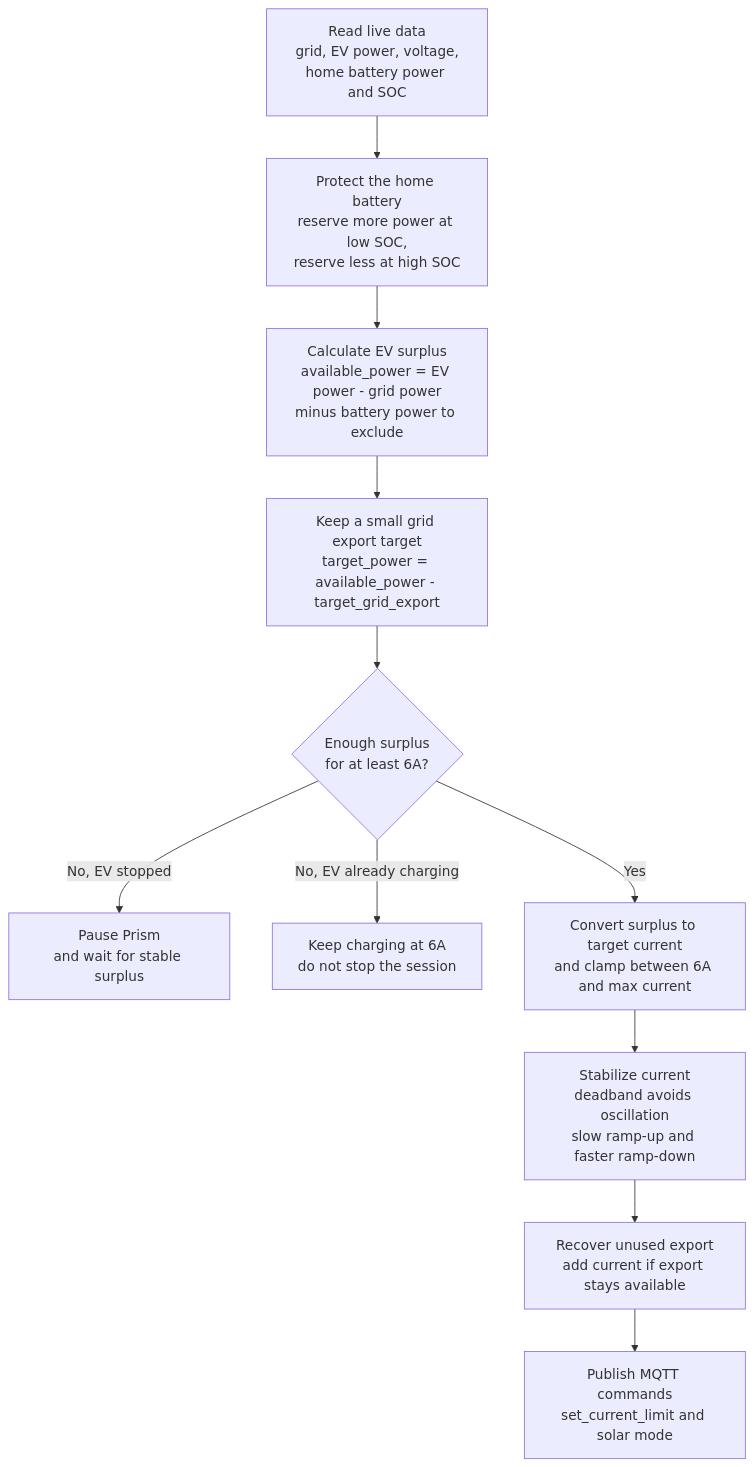
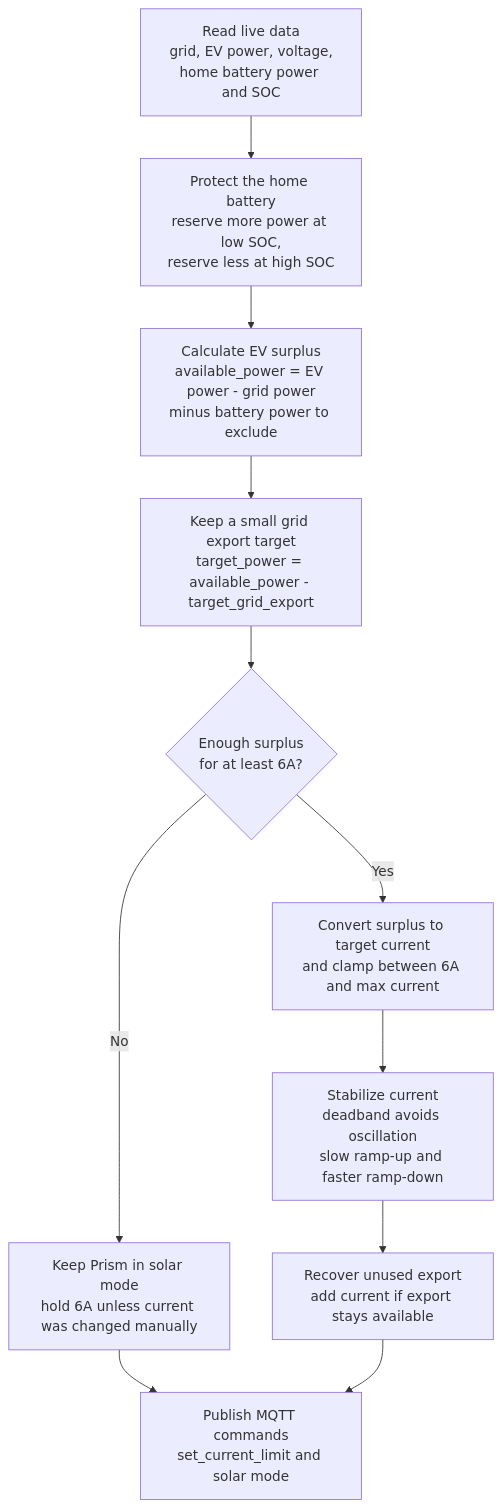
Before and after one commit to italoc/silla-prism-integration: the diagram in README.md, drawn with Mermaid. The commit also changed other lines of this file and 3 other files, not shown here.

Commit message:
Keep solar charging at 6A on low surplus

````diff
--- a/README.md
+++ b/README.md
@@ -154,15 +155,15 @@
 ```mermaid
 flowchart TD
     A["Read live data<br/>grid, EV power, voltage,<br/>home battery power and SOC"] --> B["Protect the home battery<br/>reserve more power at low SOC,<br/>reserve less at high SOC"]
     B --> C["Calculate EV surplus<br/>available_power = EV power - grid power<br/>minus battery power to exclude"]
     C --> D["Keep a small grid export target<br/>target_power = available_power - target_grid_export"]
     D --> E{"Enough surplus<br/>for at least 6A?"}
 
-    E -->|No, EV stopped| F["Pause Prism<br/>and wait for stable surplus"]
-    E -->|No, EV already charging| G["Keep charging at 6A<br/>do not stop the session"]
+    E -->|No| F["Keep Prism in solar mode<br/>hold 6A unless current was changed manually"]
     E -->|Yes| H["Convert surplus to target current<br/>and clamp between 6A and max current"]
 
+    F --> K["Publish MQTT commands<br/>set_current_limit and solar mode"]
     H --> I["Stabilize current<br/>deadband avoids oscillation<br/>slow ramp-up and faster ramp-down"]
     I --> J["Recover unused export<br/>add current if export stays available"]
     J --> K["Publish MQTT commands<br/>set_current_limit and solar mode"]
 ```
````
